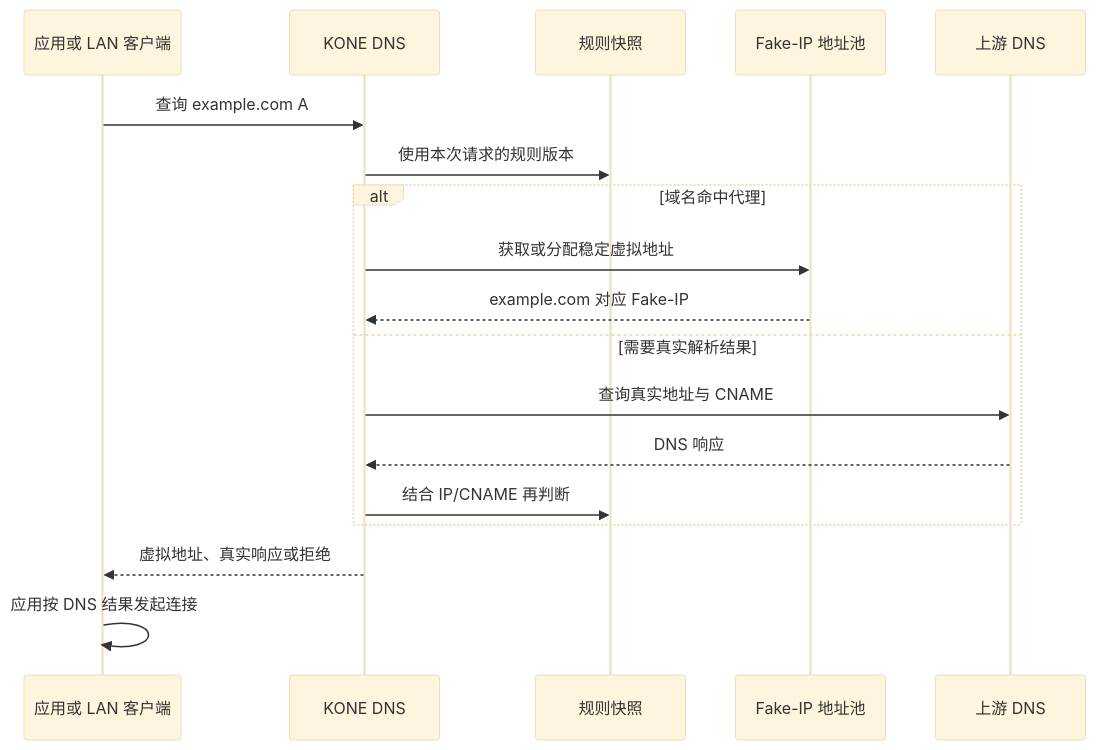
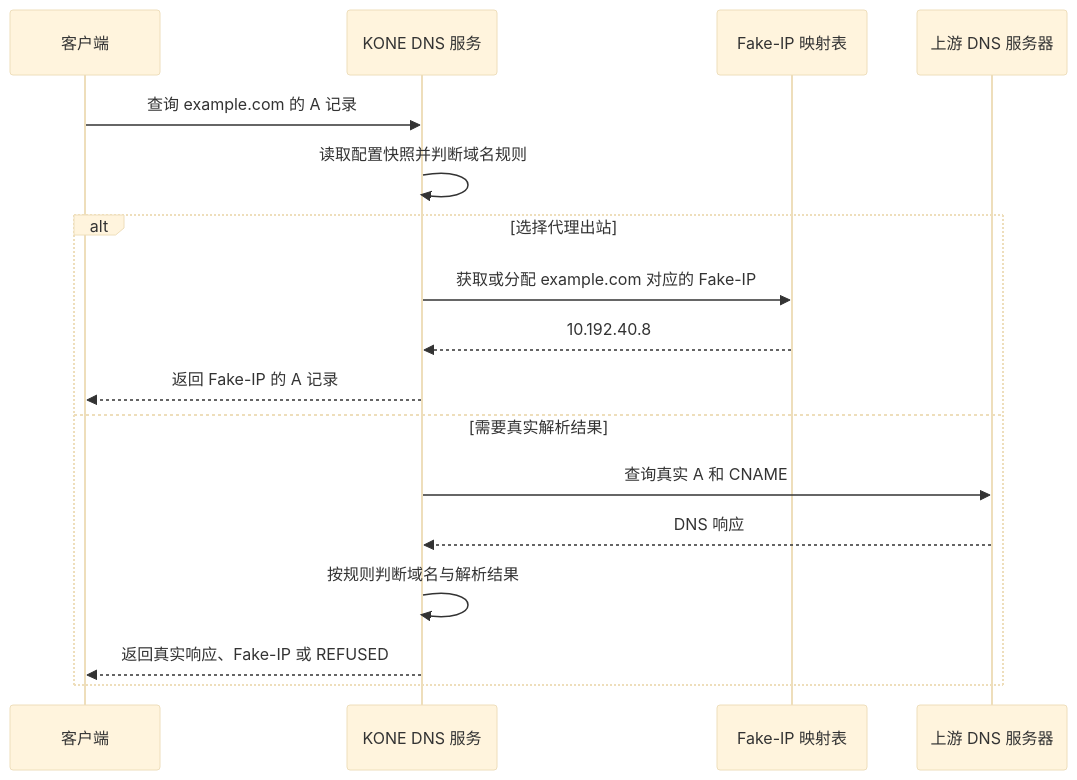
One commit to xjdrew/kone changed the first of 3 diagrams in docs/architecture.md. Above: the diagram before and after it, drawn with Mermaid (base theme). The commit also changed other lines of this file and 5 other files, not shown here.

Commit message:
Pin merged TUN fixes and clarify architecture, return traffic, and UDP policy

````diff
--- a/docs/architecture.md
+++ b/docs/architecture.md
@@ -42,20 +37,19 @@
 ```mermaid
 sequenceDiagram
-    participant C as 应用或 LAN 客户端
-    participant D as KONE DNS
-    participant R as 规则快照
-    participant P as Fake-IP 地址池
-    participant U as 上游 DNS
-    C->>D: 查询 example.com A
-    D->>R: 使用本次请求的规则版本
-    alt 域名命中代理
-        D->>P: 获取或分配稳定虚拟地址
-        P-->>D: example.com 对应 Fake-IP
+    participant C as 客户端
+    participant D as KONE DNS 服务
+    participant F as Fake-IP 映射表
+    participant U as 上游 DNS 服务器
+    C->>D: 查询 example.com 的 A 记录
+    D->>D: 读取配置快照并判断域名规则
+    alt 选择代理出站
+        D->>F: 获取或分配 example.com 对应的 Fake-IP
+        F-->>D: 10.192.40.8
+        D-->>C: 返回 Fake-IP 的 A 记录
     else 需要真实解析结果
-        D->>U: 查询真实地址与 CNAME
+        D->>U: 查询真实 A 和 CNAME
         U-->>D: DNS 响应
-        D->>R: 结合 IP/CNAME 再判断
+        D->>D: 按规则判断域名与解析结果
+        D-->>C: 返回真实响应、Fake-IP 或 REFUSED
     end
-    D-->>C: 虚拟地址、真实响应或拒绝
-    C->>C: 应用按 DNS 结果发起连接
 ```
````
